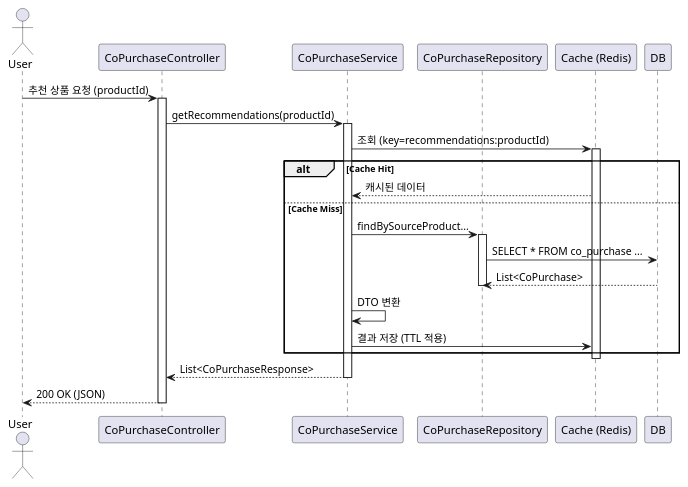
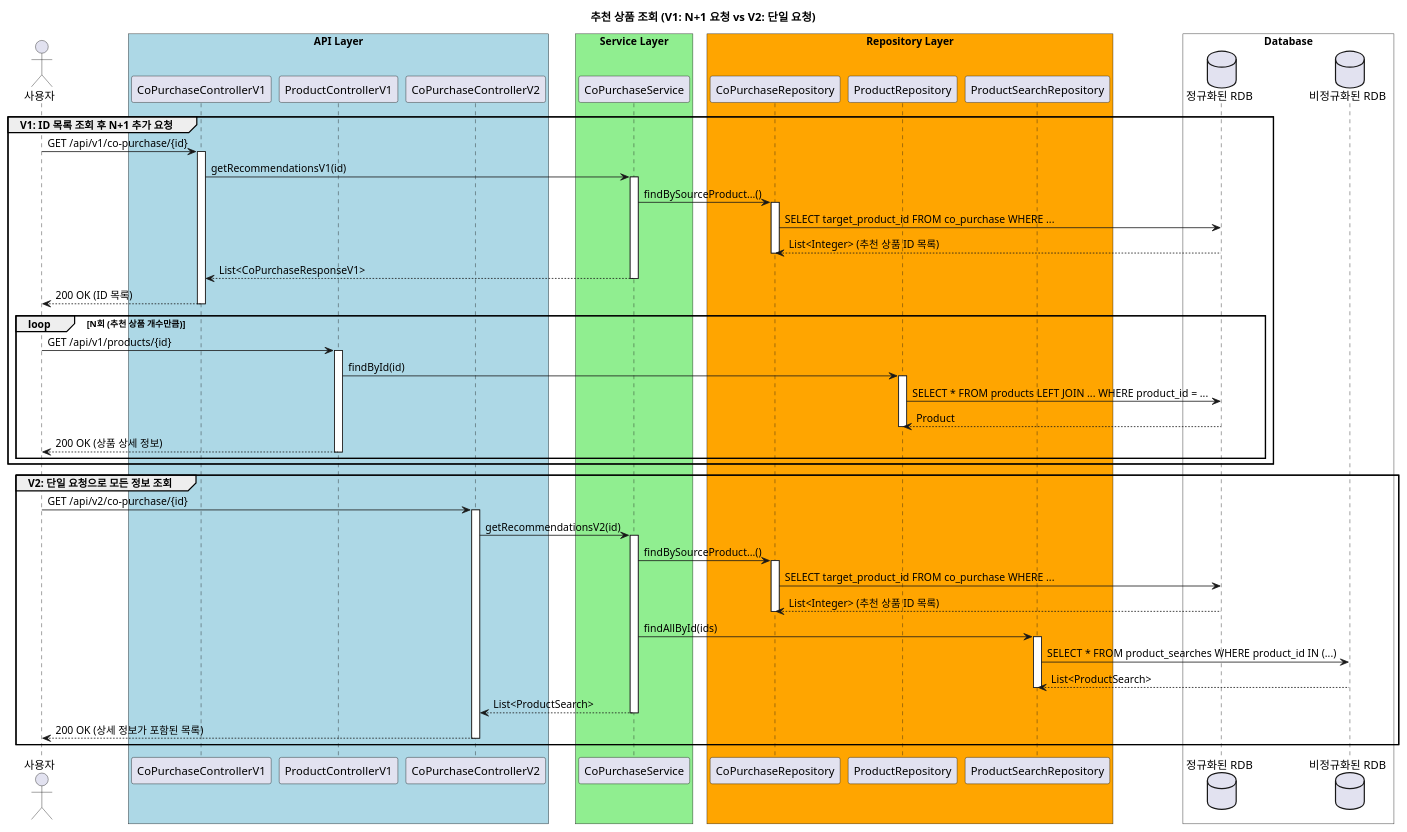
Before and after one commit to ecommerce-systems/Backend: the diagram in docs/Diagram/CoPurchase/sequence_diagram_recommendation.puml, drawn with PlantUML. The commit also changed 8 other files, not shown here.

```diff
--- a/docs/Diagram/CoPurchase/sequence_diagram_recommendation.puml
+++ b/docs/Diagram/CoPurchase/sequence_diagram_recommendation.puml
@@ -1,37 +1,78 @@
 @startuml
-actor User
-participant "CoPurchaseController" as Controller
-participant "CoPurchaseService" as Service
-participant "CoPurchaseRepository" as Repo
-participant "Cache (Redis)" as Cache
-participant "DB"
+title 추천 상품 조회 (V1: N+1 요청 vs V2: 단일 요청)
 
-User -> Controller : 추천 상품 요청 (productId)
-activate Controller
+actor 사용자
 
-Controller -> Service : getRecommendations(productId)
-activate Service
+box "API Layer" #LightBlue
+  participant "CoPurchaseControllerV1" as C1
+  participant "ProductControllerV1" as ProductC1
+  participant "CoPurchaseControllerV2" as C2
+end box
 
-Service -> Cache : 조회 (key=recommendations:productId)
-activate Cache
+box "Service Layer" #LightGreen
+  participant "CoPurchaseService" as Service
+end box
 
-alt Cache Hit
-    Cache --> Service : 캐시된 데이터
-else Cache Miss
-    Service -> Repo : findBySourceProduct...
-    activate Repo
-    Repo -> DB : SELECT * FROM co_purchase ...
-    DB --> Repo : List<CoPurchase>
-    deactivate Repo
+box "Repository Layer" #Orange
+  participant "CoPurchaseRepository" as CoRepo
+  participant "ProductRepository" as ProductRepo
+  participant "ProductSearchRepository" as ProductSearchRepo
+end box
+
+box "Database" #White
+  database "정규화된 RDB" as DB1
+  database "비정규화된 RDB" as DB2
+end box
+
+group V1: ID 목록 조회 후 N+1 추가 요청
+    사용자 -> C1: GET /api/v1/co-purchase/{id}
+    activate C1
+    C1 -> Service: getRecommendationsV1(id)
+    activate Service
+    Service -> CoRepo: findBySourceProduct...()
+    activate CoRepo
+    CoRepo -> DB1: SELECT target_product_id FROM co_purchase WHERE ...
+    DB1 --> CoRepo: List<Integer> (추천 상품 ID 목록)
+    deactivate CoRepo
+    Service --> C1: List<CoPurchaseResponseV1>
+    deactivate Service
+    C1 --> 사용자: 200 OK (ID 목록)
+    deactivate C1
     
-    Service -> Service : DTO 변환
-    Service -> Cache : 결과 저장 (TTL 적용)
+    loop N회 (추천 상품 개수만큼)
+        사용자 -> ProductC1: GET /api/v1/products/{id}
+        activate ProductC1
+        ProductC1 -> ProductRepo: findById(id)
+        activate ProductRepo
+        ProductRepo -> DB1: SELECT * FROM products LEFT JOIN ... WHERE product_id = ...
+        DB1 --> ProductRepo: Product
+        deactivate ProductRepo
+        ProductC1 --> 사용자: 200 OK (상품 상세 정보)
+        deactivate ProductC1
+    end
 end
-deactivate Cache
 
-Service --> Controller : List<CoPurchaseResponse>
-deactivate Service
+group V2: 단일 요청으로 모든 정보 조회
+    사용자 -> C2: GET /api/v2/co-purchase/{id}
+    activate C2
+    C2 -> Service: getRecommendationsV2(id)
+    activate Service
+    Service -> CoRepo: findBySourceProduct...()
+    activate CoRepo
+    CoRepo -> DB1: SELECT target_product_id FROM co_purchase WHERE ...
+    DB1 --> CoRepo: List<Integer> (추천 상품 ID 목록)
+    deactivate CoRepo
+    
+    Service -> ProductSearchRepo: findAllById(ids)
+    activate ProductSearchRepo
+    ProductSearchRepo -> DB2: SELECT * FROM product_searches WHERE product_id IN (...)
+    DB2 --> ProductSearchRepo: List<ProductSearch>
+    deactivate ProductSearchRepo
+    
+    Service --> C2: List<ProductSearch>
+    deactivate Service
+    C2 --> 사용자: 200 OK (상세 정보가 포함된 목록)
+    deactivate C2
+end
 
-Controller --> User : 200 OK (JSON)
-deactivate Controller
 @enduml
```
